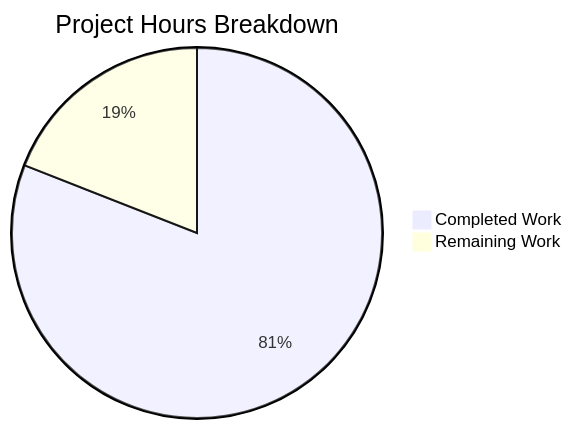
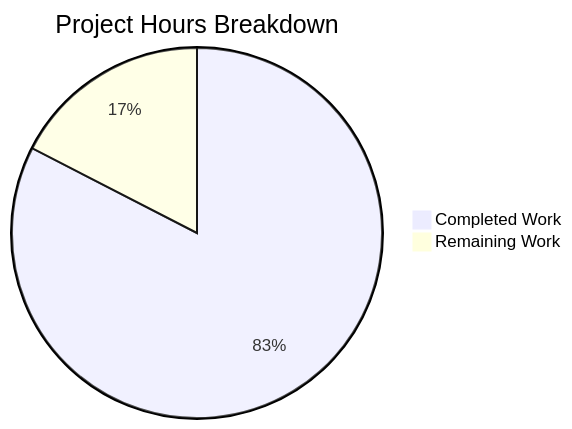
The second of 2 diagrams in blitzy/documentation/Project Guide.md (Blitzy-Sandbox/blitzy-formbricks), drawn with Mermaid before and after one commit. The commit also changed other lines of this file, not shown here.

Commit message:
Adding Blitzy Project Guide: Project Status and Human Tasks Remaining

````diff
--- a/blitzy/documentation/Project Guide.md
+++ b/blitzy/documentation/Project Guide.md
@@ -216,5 +264,5 @@
 ```mermaid
 pie title Project Hours Breakdown
-    "Completed Work" : 136
-    "Remaining Work" : 32
+    "Completed Work" : 142
+    "Remaining Work" : 30
 ```
````
